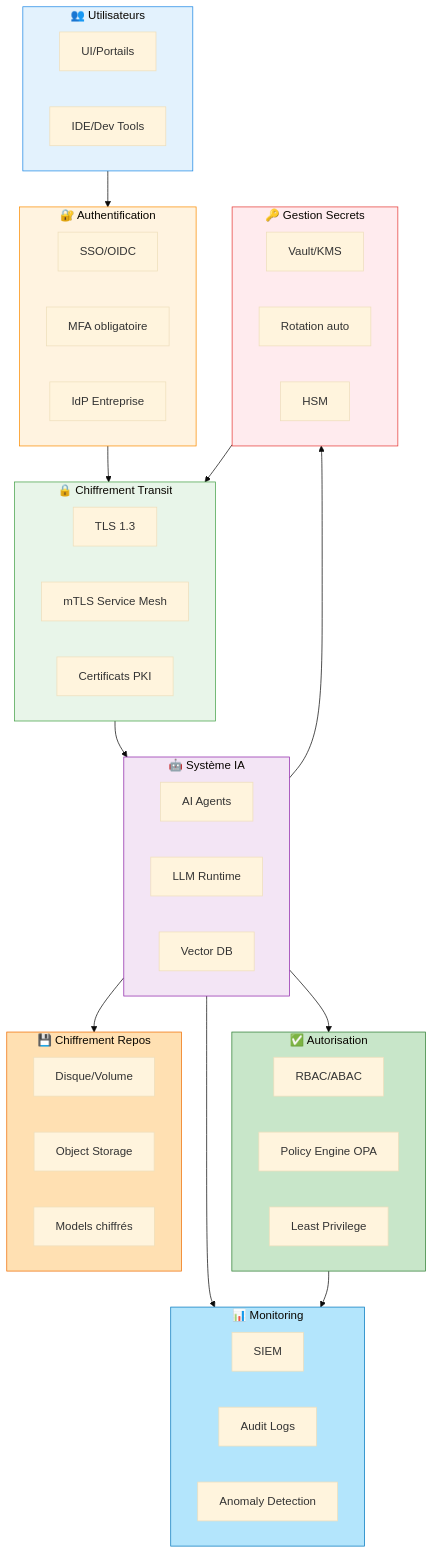
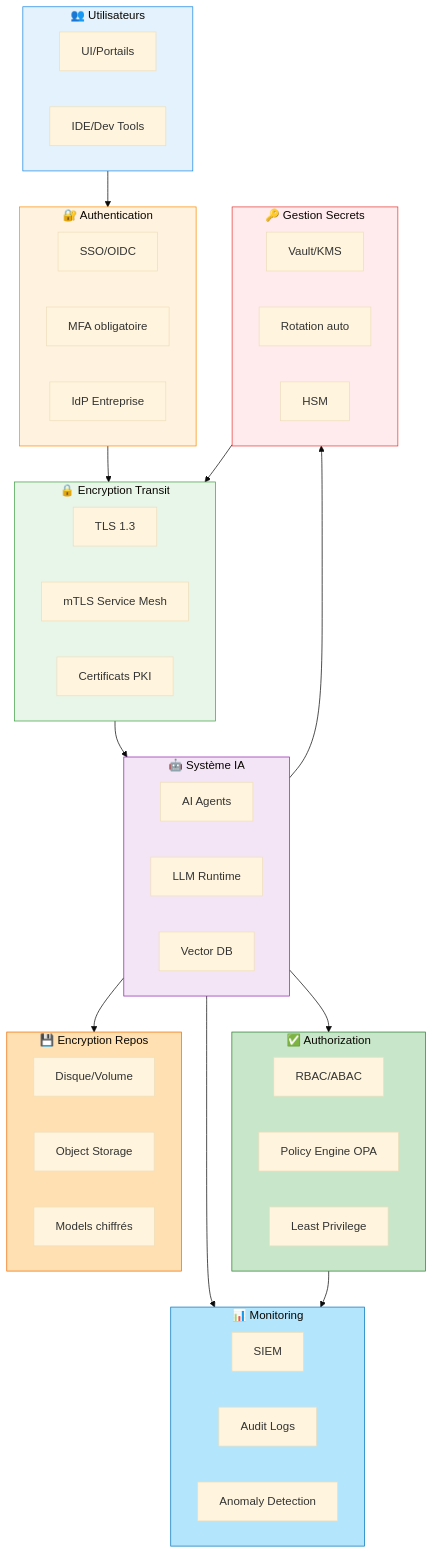
Before and after one commit to brunseba/ai-tech-watch: the diagram in docs/security/authentication-encryption.md, drawn with Mermaid (base theme). The commit also changed other lines of this file and 24 other files, not shown here.

````diff
--- a/docs/security/authentication-encryption.md
+++ b/docs/security/authentication-encryption.md
@@ -8,68 +8,68 @@
 ```mermaid
 flowchart TB
     subgraph Users["👥 Utilisateurs"]
         U1[UI/Portails]
         U2[IDE/Dev Tools]
     end
     
-    subgraph Auth["🔐 Authentification"]
+    subgraph Auth["🔐 Authentication"]
         A1[SSO/OIDC]
         A2[MFA obligatoire]
         A3[IdP Entreprise]
     end
     
-    subgraph Transit["🔒 Chiffrement Transit"]
+    subgraph Transit["🔒 Encryption Transit"]
         T1[TLS 1.3]
         T2[mTLS Service Mesh]
         T3[Certificats PKI]
     end
     
     subgraph AI["🤖 Système IA"]
         AI1[AI Agents]
         AI2[LLM Runtime]
         AI3[Vector DB]
     end
     
     subgraph Secrets["🔑 Gestion Secrets"]
         S1[Vault/KMS]
         S2[Rotation auto]
         S3[HSM]
     end
     
-    subgraph AuthZ["✅ Autorisation"]
+    subgraph AuthZ["✅ Authorization"]
         Z1[RBAC/ABAC]
         Z2[Policy Engine OPA]
         Z3[Least Privilege]
     end
     
-    subgraph AtRest["💾 Chiffrement Repos"]
+    subgraph AtRest["💾 Encryption Repos"]
         R1[Disque/Volume]
         R2[Object Storage]
         R3[Models chiffrés]
     end
     
     subgraph Monitor["📊 Monitoring"]
         M1[SIEM]
         M2[Audit Logs]
         M3[Anomaly Detection]
     end
     
     Users --> Auth
     Auth --> Transit
     Transit --> AI
     AI --> Secrets
     AI --> AuthZ
     AI --> AtRest
     AI --> Monitor
     Secrets --> Transit
     AuthZ --> Monitor
     
     style Users fill:#e3f2fd,stroke:#1e88e5
     style Auth fill:#fff3e0,stroke:#fb8c00
     style Transit fill:#e8f5e9,stroke:#43a047
     style AI fill:#f3e5f5,stroke:#8e24aa
     style Secrets fill:#ffebee,stroke:#e53935
     style AuthZ fill:#c8e6c9,stroke:#2e7d32
     style AtRest fill:#ffe0b2,stroke:#ef6c00
     style Monitor fill:#b3e5fc,stroke:#0277bd
 ```
````
